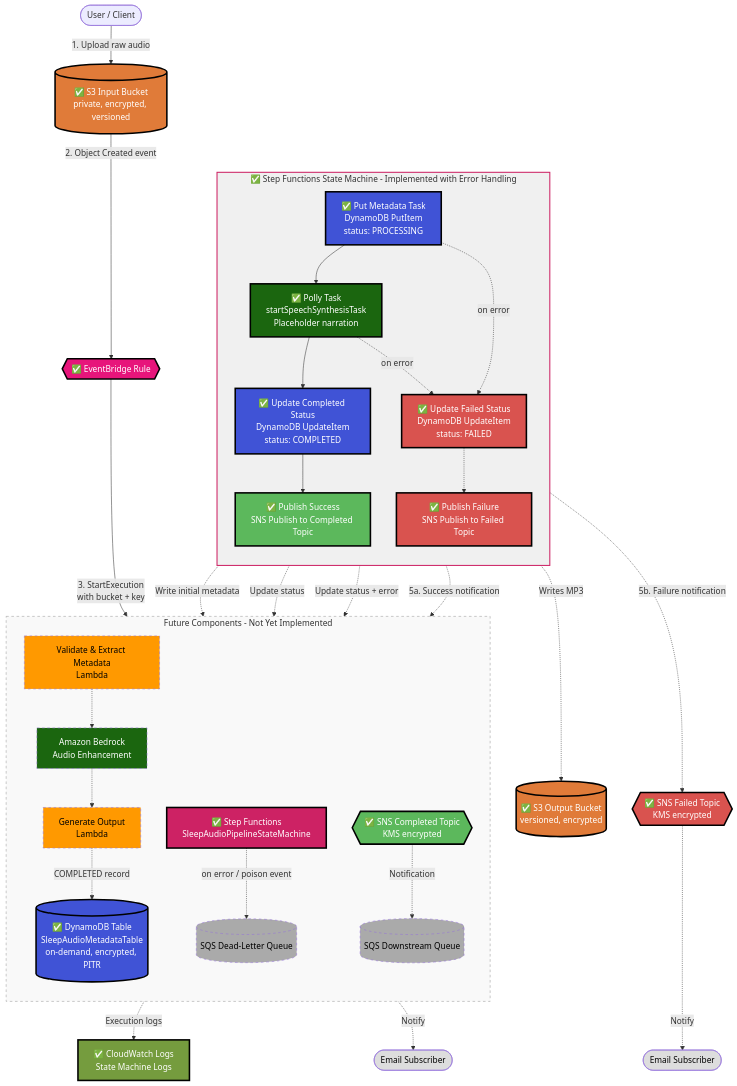
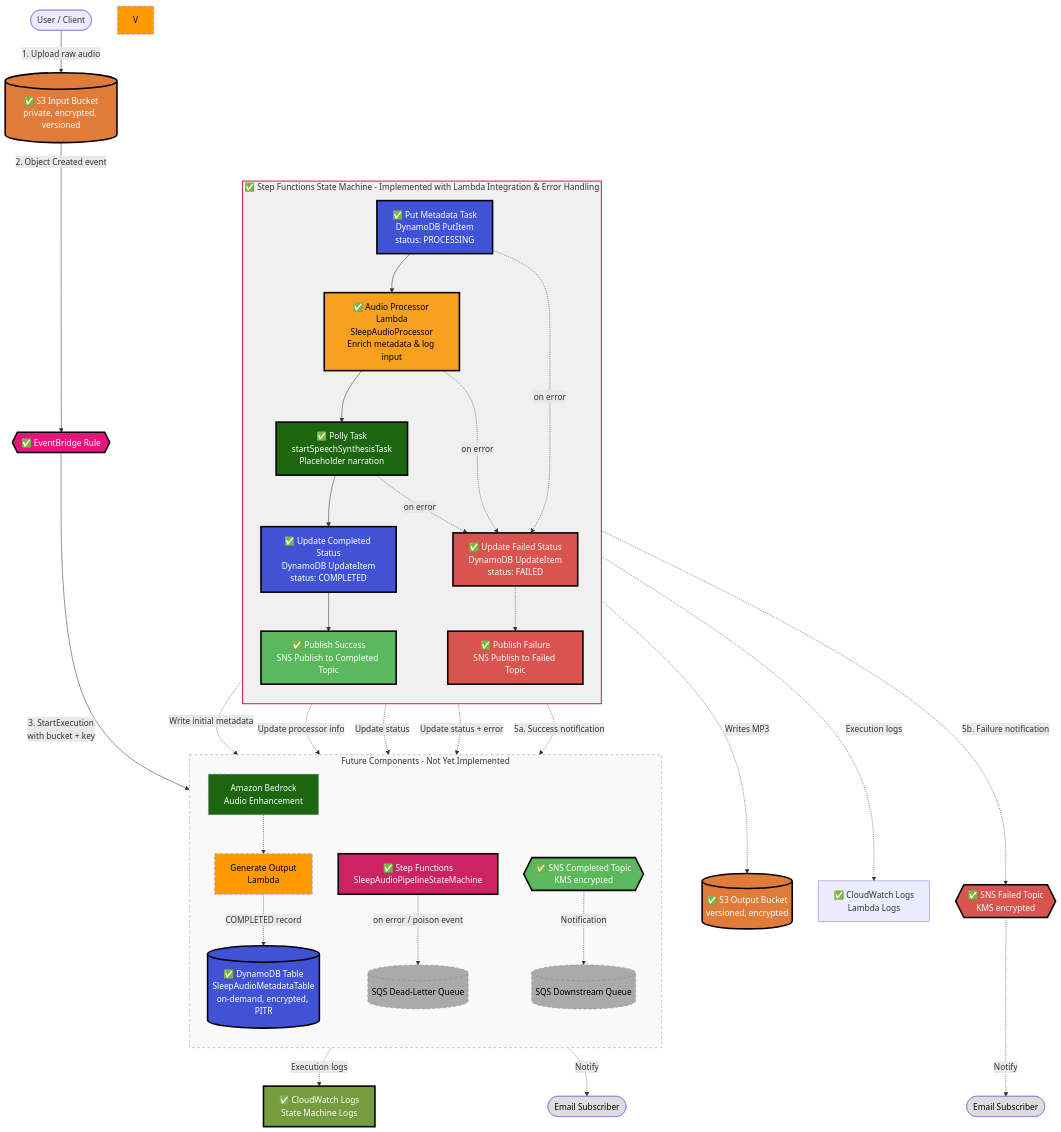
Before and after one commit to obstreperous-ai/cdk-sleep-ts-copilot: the diagram in ARCHITECTURE.md, drawn with Mermaid. The commit also changed other lines of this file and 1 other file, not shown here.

First line of the commit message:
docs: Update ARCHITECTURE.md with Lambda function integration (Issue #7)

````diff
--- a/ARCHITECTURE.md
+++ b/ARCHITECTURE.md
@@ -241,64 +263,70 @@
 ```mermaid
 flowchart TD
     U([User / Client]) -->|1. Upload raw audio| S3in[(✅ S3 Input Bucket<br/>private, encrypted, versioned)]
 
     S3in -->|2. Object Created event| EB{{✅ EventBridge Rule}}
     EB -->|3. StartExecution<br/>with bucket + key| SFN[✅ Step Functions<br/>SleepAudioPipelineStateMachine]
 
-    subgraph SFN_Detail [✅ Step Functions State Machine - Implemented with Error Handling]
+    subgraph SFN_Detail [✅ Step Functions State Machine - Implemented with Lambda Integration & Error Handling]
         direction TB
         PUTMETA[✅ Put Metadata Task<br/>DynamoDB PutItem<br/>status: PROCESSING]
-        PUTMETA --> POLLY[✅ Polly Task<br/>startSpeechSynthesisTask<br/>Placeholder narration]
+        PUTMETA --> LAMBDA[✅ Audio Processor Lambda<br/>SleepAudioProcessor<br/>Enrich metadata & log input]
+        LAMBDA --> POLLY[✅ Polly Task<br/>startSpeechSynthesisTask<br/>Placeholder narration]
         POLLY --> UPDATECOMPLETE[✅ Update Completed Status<br/>DynamoDB UpdateItem<br/>status: COMPLETED]
         UPDATECOMPLETE --> PUBLISHSUCCESS[✅ Publish Success<br/>SNS Publish to Completed Topic]
         
         PUTMETA -.->|on error| UPDATEFAILED[✅ Update Failed Status<br/>DynamoDB UpdateItem<br/>status: FAILED]
+        LAMBDA -.->|on error| UPDATEFAILED
         POLLY -.->|on error| UPDATEFAILED
         UPDATEFAILED -.-> PUBLISHFAILURE[✅ Publish Failure<br/>SNS Publish to Failed Topic]
     end
 
     PUTMETA -.->|Write initial metadata| DDB[(✅ DynamoDB Table<br/>SleepAudioMetadataTable<br/>on-demand, encrypted, PITR)]
+    LAMBDA -.->|Update processor info| DDB
     UPDATECOMPLETE -.->|Update status| DDB
     UPDATEFAILED -.->|Update status + error| DDB
     POLLY -.->|Writes MP3| S3out[(✅ S3 Output Bucket<br/>versioned, encrypted)]
     SFN -.->|Execution logs| CWLOGS[✅ CloudWatch Logs<br/>State Machine Logs]
+    LAMBDA -.->|Execution logs| CWLOGS2[✅ CloudWatch Logs<br/>Lambda Logs]
     
     PUBLISHSUCCESS -.->|5a. Success notification| SNSCOMPLETE{{✅ SNS Completed Topic<br/>KMS encrypted}}
     PUBLISHFAILURE -.->|5b. Failure notification| SNSFAILED{{✅ SNS Failed Topic<br/>KMS encrypted}}
     
     SNSCOMPLETE -.->|Notify| Email1([Email Subscriber])
     SNSFAILED -.->|Notify| Email2([Email Subscriber])
 
     subgraph Future [Future Components - Not Yet Implemented]
         direction TB
-        V[Validate & Extract Metadata<br/>Lambda] -.-> BED[Amazon Bedrock<br/>Audio Enhancement]
-        BED -.-> OUT[Generate Output<br/>Lambda]
+        BED[Amazon Bedrock<br/>Audio Enhancement]
+        OUT[Generate Output<br/>Lambda]
+        BED -.-> OUT
         OUT -.->|COMPLETED record| DDB
         SFN -.->|on error / poison event| DLQ[(SQS Dead-Letter Queue)]
         SNSCOMPLETE -.->|Notification| SQSdown[(SQS Downstream Queue)]
     end
 
     style S3in fill:#e07b39,color:#fff,stroke:#000,stroke-width:3px
     style S3out fill:#e07b39,color:#fff,stroke:#000,stroke-width:3px
     style EB fill:#e7157b,color:#fff,stroke:#000,stroke-width:3px
     style SFN fill:#cd2264,color:#fff,stroke:#000,stroke-width:3px
     style PUTMETA fill:#4053d6,color:#fff,stroke:#000,stroke-width:3px
+    style LAMBDA fill:#f79f1f,color:#000,stroke:#000,stroke-width:3px
     style POLLY fill:#1b660f,color:#fff,stroke:#000,stroke-width:3px
     style UPDATECOMPLETE fill:#4053d6,color:#fff,stroke:#000,stroke-width:3px
     style UPDATEFAILED fill:#d9534f,color:#fff,stroke:#000,stroke-width:3px
     style PUBLISHSUCCESS fill:#5cb85c,color:#fff,stroke:#000,stroke-width:3px
     style PUBLISHFAILURE fill:#d9534f,color:#fff,stroke:#000,stroke-width:3px
     style SNSCOMPLETE fill:#5cb85c,color:#fff,stroke:#000,stroke-width:3px
     style SNSFAILED fill:#d9534f,color:#fff,stroke:#000,stroke-width:3px
     style DDB fill:#4053d6,color:#fff,stroke:#000,stroke-width:3px
     style CWLOGS fill:#759c3e,color:#fff,stroke:#000,stroke-width:3px
     style SFN_Detail fill:#f0f0f0,stroke:#cd2264,stroke-width:2px
     style Future fill:#f9f9f9,stroke:#999,stroke-width:1px,stroke-dasharray: 5 5
     style V fill:#f90,color:#000,stroke-dasharray: 5 5
     style OUT fill:#f90,color:#000,stroke-dasharray: 5 5
     style BED fill:#1b660f,color:#fff,stroke-dasharray: 5 5
     style DLQ fill:#aaa,color:#000,stroke-dasharray: 5 5
     style SQSdown fill:#aaa,color:#000,stroke-dasharray: 5 5
     style Email1 fill:#ddd,color:#000
     style Email2 fill:#ddd,color:#000
 ```
````
